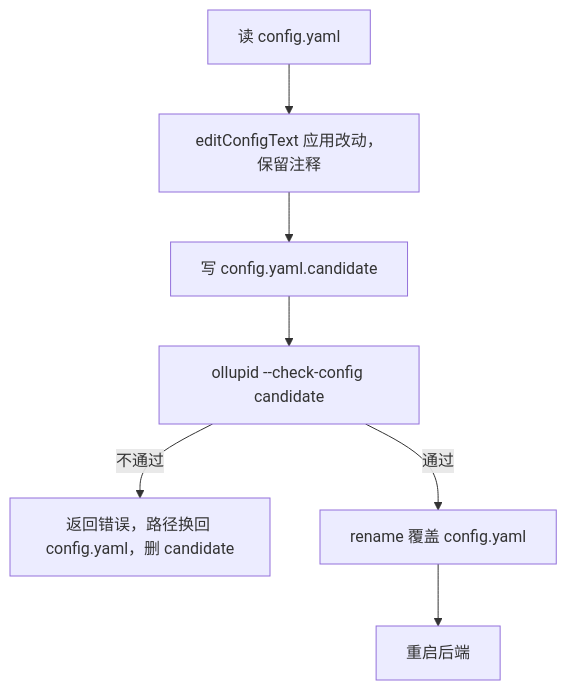
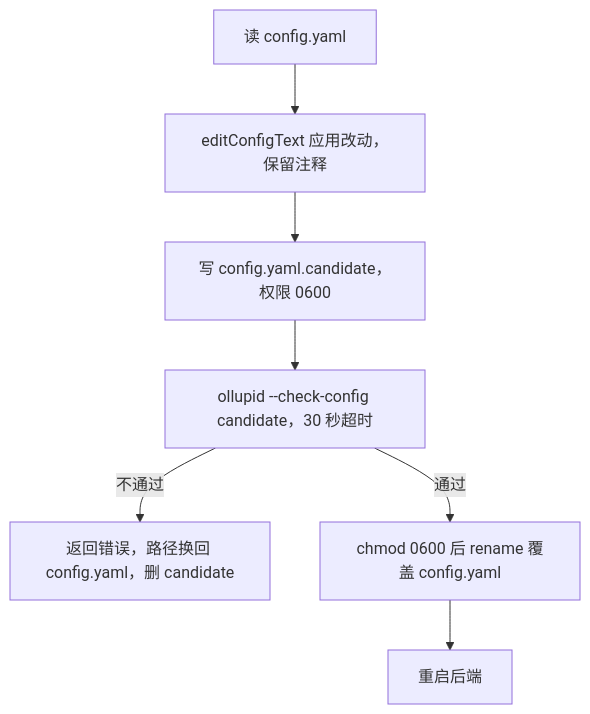
The diagram in docs/zh/desktop/config.md (0xfakeSpike/ollupi-docs), drawn with Mermaid before and after one commit. The commit also changed other lines of this file and 67 other files, not shown here.

````diff
--- a/docs/zh/desktop/config.md
+++ b/docs/zh/desktop/config.md
@@ -30,9 +84,9 @@
 ```mermaid
 flowchart TD
   A["读 config.yaml"] --> B["editConfigText 应用改动，保留注释"]
-  B --> C["写 config.yaml.candidate"]
-  C --> D["ollupid --check-config candidate"]
+  B --> C["写 config.yaml.candidate，权限 0600"]
+  C --> D["ollupid --check-config candidate，30 秒超时"]
   D -->|"不通过"| E["返回错误，路径换回 config.yaml，删 candidate"]
-  D -->|"通过"| F["rename 覆盖 config.yaml"]
+  D -->|"通过"| F["chmod 0600 后 rename 覆盖 config.yaml"]
   F --> G["重启后端"]
 ```
````
